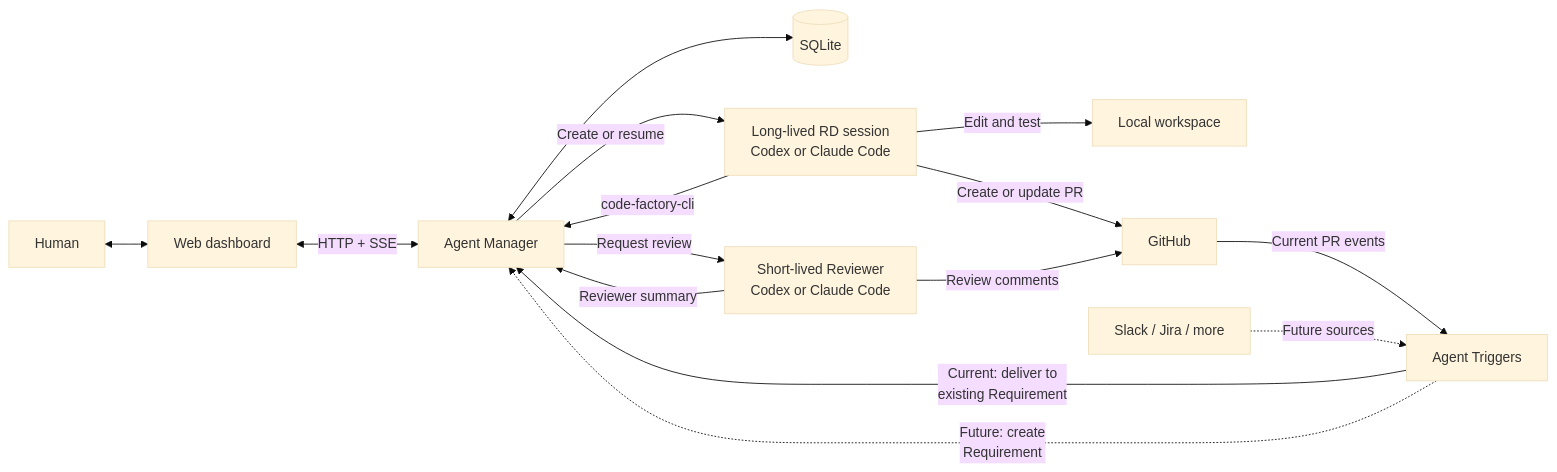
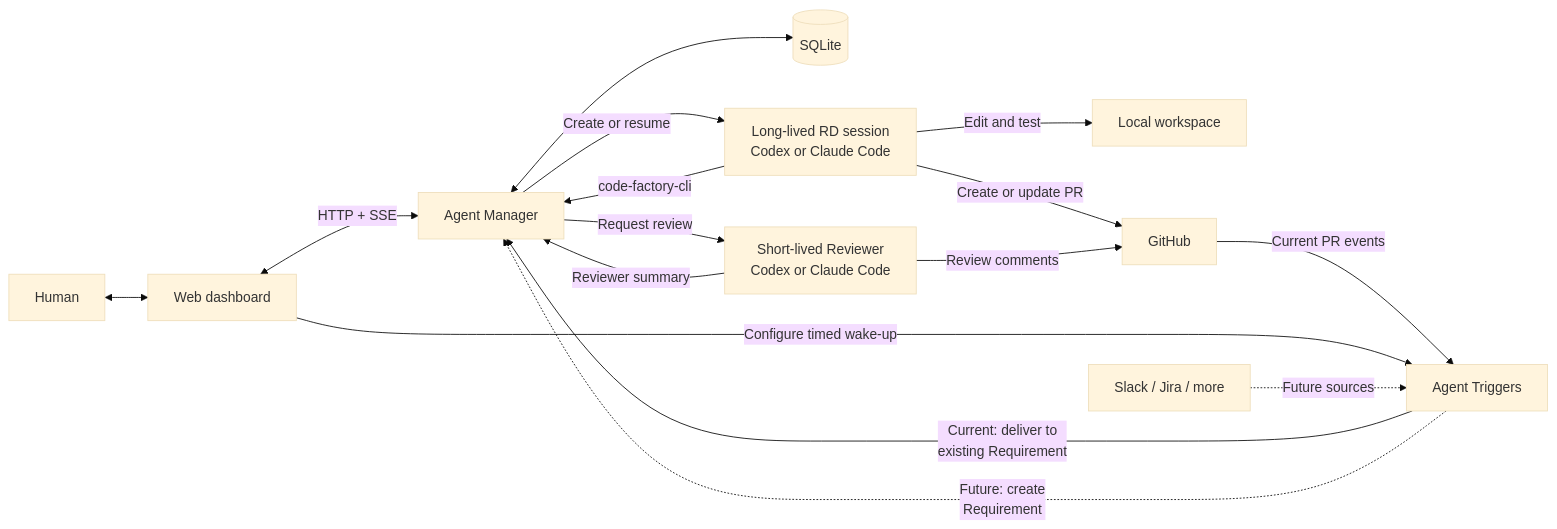
Before and after one commit to luohaha/code-factory: the diagram in README.md, drawn with Mermaid (base theme). The commit also changed other lines of this file and 22 other files, not shown here.

```diff
--- a/README.md
+++ b/README.md
@@ -44,17 +44,18 @@
 ~~~mermaid
 flowchart LR
   H[Human] <--> W[Web dashboard]
   W <-->|HTTP + SSE| M[Agent Manager]
   M <--> DB[(SQLite)]
   M -->|Create or resume| RD[Long-lived RD session<br/>Codex or Claude Code]
   M -->|Request review| RV[Short-lived Reviewer<br/>Codex or Claude Code]
   RD -->|Edit and test| WS[Local workspace]
   RD -->|Create or update PR| GH[GitHub]
   RD -->|code-factory-cli| M
   RV -->|Review comments| GH
   RV -->|Reviewer summary| M
   GH -->|Current PR events| T[Agent Triggers]
+  W -->|Configure timed wake-up| T
   EXT[Slack / Jira / more] -.->|Future sources| T
   T -->|Current: deliver to<br/>existing Requirement| M
   T -.->|Future: create<br/>Requirement| M
 ~~~
```
